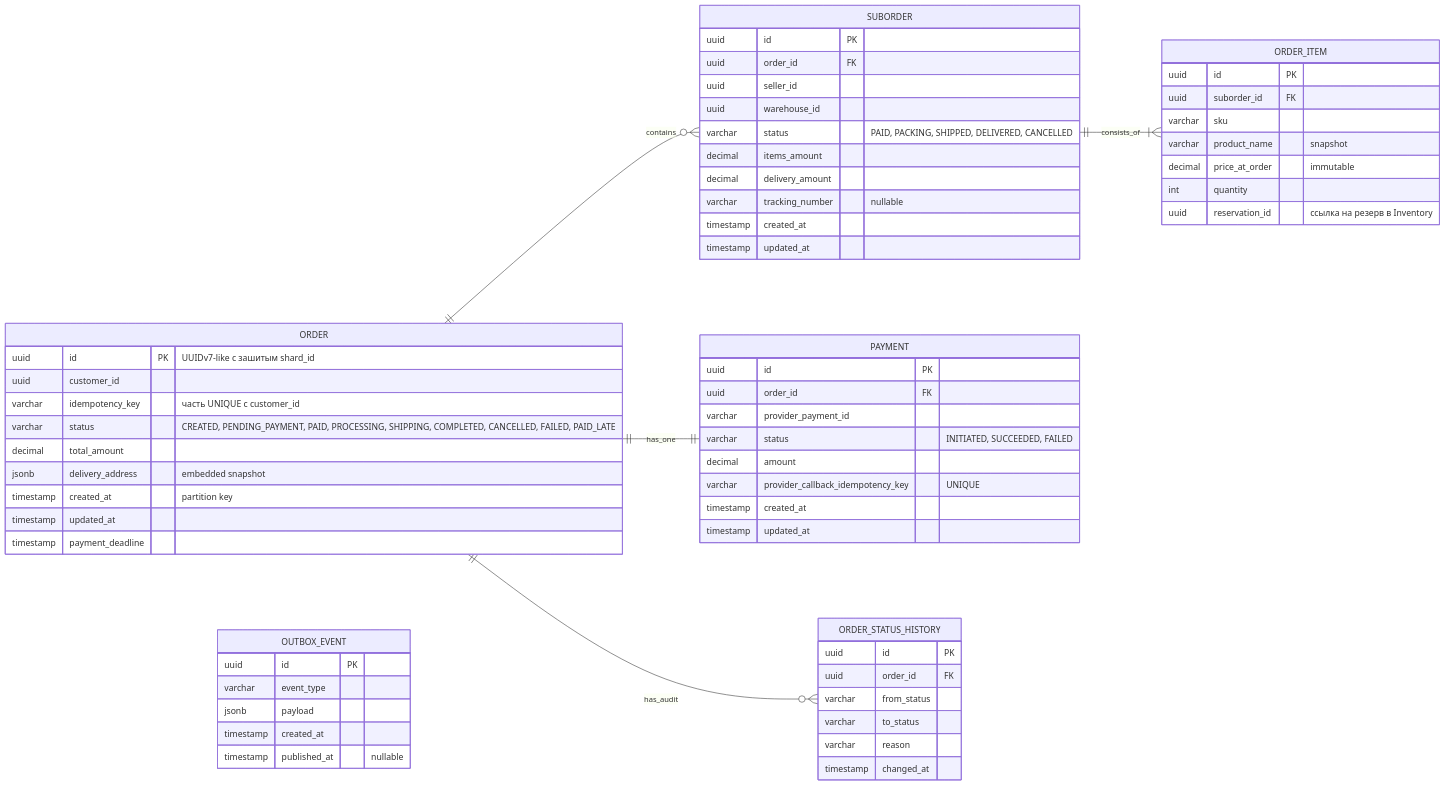
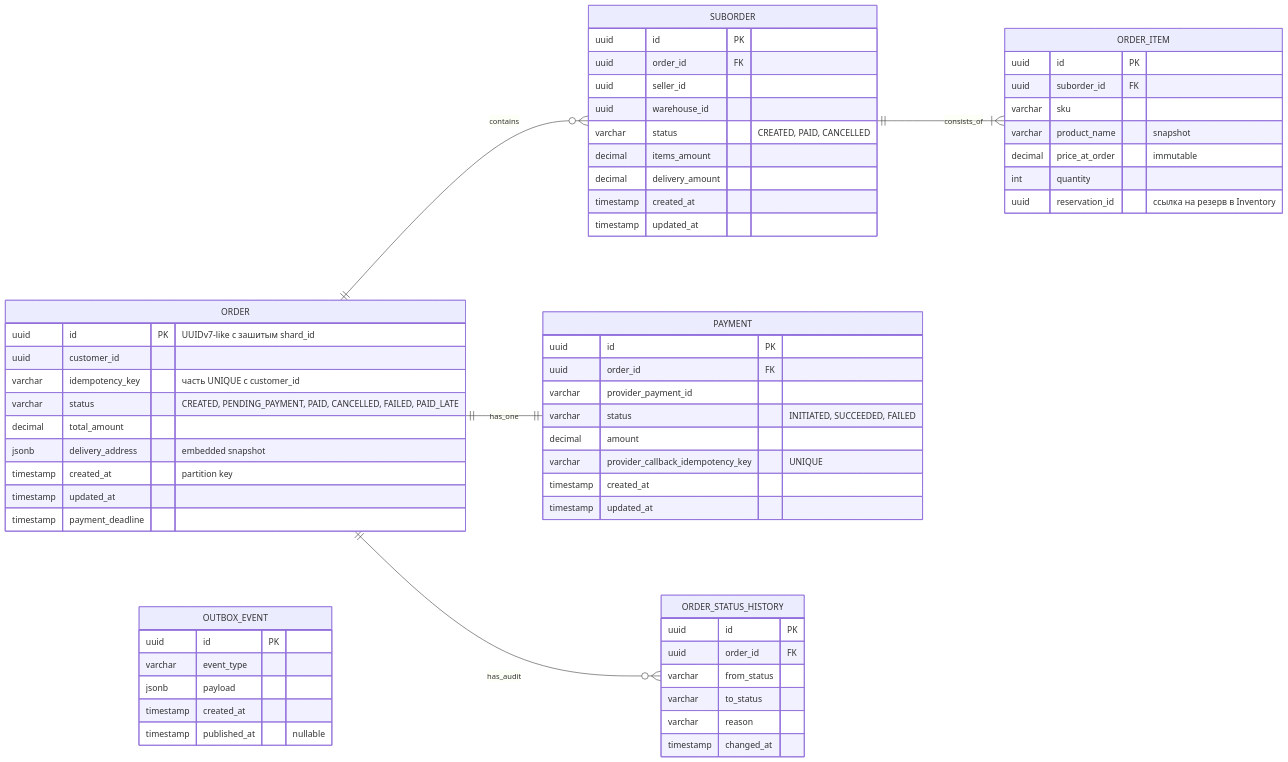
The first of 7 diagrams in marketplace-order-solution.md (Unbiscuit/dev_sol), drawn with Mermaid before and after one commit. The commit also changed other lines of this file, not shown here.

````diff
--- a/marketplace-order-solution.md
+++ b/marketplace-order-solution.md
@@ -137,72 +123,71 @@
 ```mermaid
 erDiagram
     direction LR
 
     ORDER {
         uuid id PK "UUIDv7-like с зашитым shard_id"
         uuid customer_id
         varchar idempotency_key "часть UNIQUE с customer_id"
-        varchar status "CREATED, PENDING_PAYMENT, PAID, PROCESSING, SHIPPING, COMPLETED, CANCELLED, FAILED, PAID_LATE"
+        varchar status "CREATED, PENDING_PAYMENT, PAID, CANCELLED, FAILED, PAID_LATE"
         decimal total_amount
         jsonb delivery_address "embedded snapshot"
         timestamp created_at "partition key"
         timestamp updated_at
         timestamp payment_deadline
     }
 
     SUBORDER {
         uuid id PK
         uuid order_id FK
         uuid seller_id
         uuid warehouse_id
-        varchar status "PAID, PACKING, SHIPPED, DELIVERED, CANCELLED"
+        varchar status "CREATED, PAID, CANCELLED"
         decimal items_amount
         decimal delivery_amount
-        varchar tracking_number "nullable"
         timestamp created_at
         timestamp updated_at
     }
 
     ORDER_ITEM {
         uuid id PK
         uuid suborder_id FK
         varchar sku
         varchar product_name "snapshot"
         decimal price_at_order "immutable"
         int quantity
         uuid reservation_id "ссылка на резерв в Inventory"
     }
 
     PAYMENT {
         uuid id PK
         uuid order_id FK
         varchar provider_payment_id
         varchar status "INITIATED, SUCCEEDED, FAILED"
         decimal amount
         varchar provider_callback_idempotency_key "UNIQUE"
         timestamp created_at
         timestamp updated_at
     }
 
     ORDER_STATUS_HISTORY {
         uuid id PK
         uuid order_id FK
         varchar from_status
         varchar to_status
         varchar reason
         timestamp changed_at
     }
 
     OUTBOX_EVENT {
         uuid id PK
         varchar event_type
         jsonb payload
         timestamp created_at
         timestamp published_at "nullable"
     }
 
     ORDER ||--o{ SUBORDER : "contains"
     SUBORDER ||--|{ ORDER_ITEM : "consists_of"
     ORDER ||--|| PAYMENT : "has_one"
     ORDER ||--o{ ORDER_STATUS_HISTORY : "has_audit"
 ```
````
